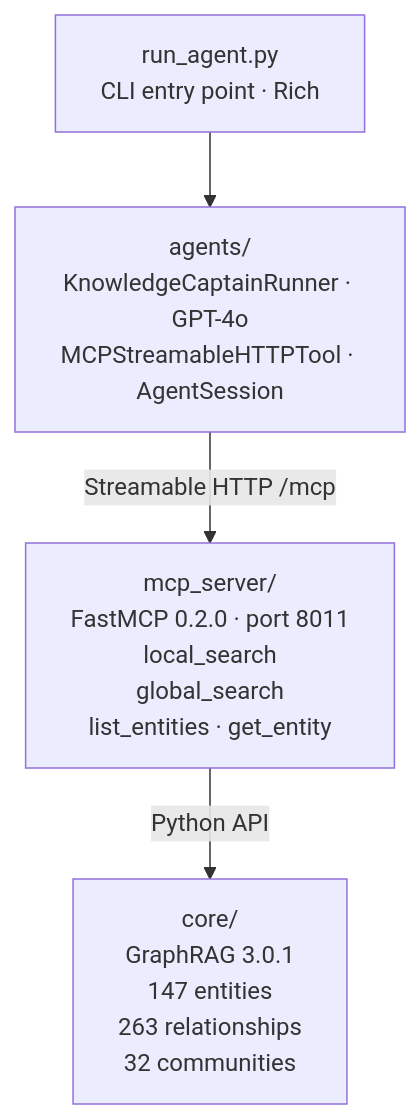
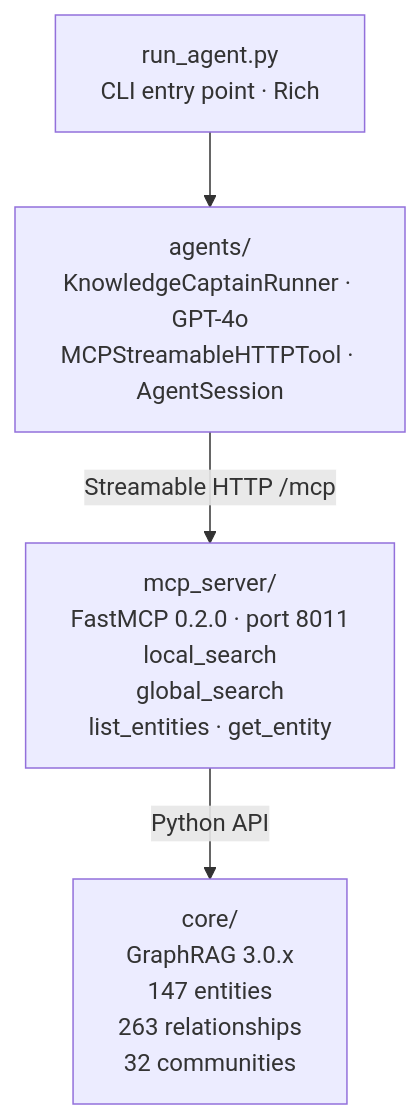
One commit to cristofima/maf-graphrag-series changed the diagram in README.md. Above: the diagram before and after it, drawn with Mermaid. The commit also changed other lines of this file, not shown here.

````diff
--- a/README.md
+++ b/README.md
@@ -226,11 +227,11 @@
 ```mermaid
 flowchart TD
     A["run_agent.py<br/>CLI entry point · Rich"]
     B["agents/<br/>KnowledgeCaptainRunner · GPT-4o<br/>MCPStreamableHTTPTool · AgentSession"]
     C["mcp_server/<br/>FastMCP 0.2.0 · port 8011<br/>local_search<br/>global_search<br/>list_entities · get_entity"]
-    D["core/<br/>GraphRAG 3.0.1<br/>147 entities<br/>263 relationships<br/>32 communities"]
+    D["core/<br/>GraphRAG 3.0.x<br/>147 entities<br/>263 relationships<br/>32 communities"]
 
     A --> B
     B -->|"Streamable HTTP /mcp"| C
     C -->|"Python API"| D
 ```
````
